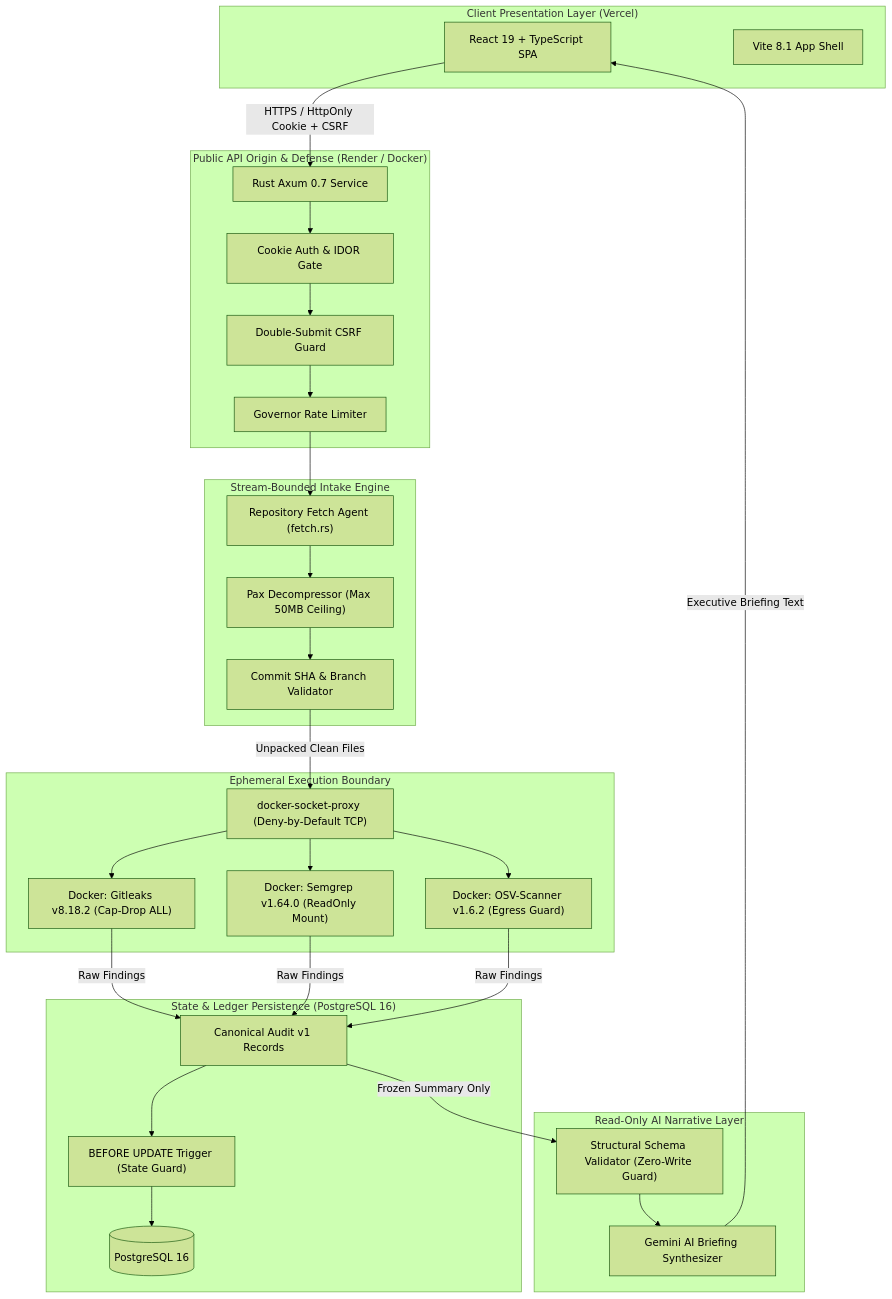
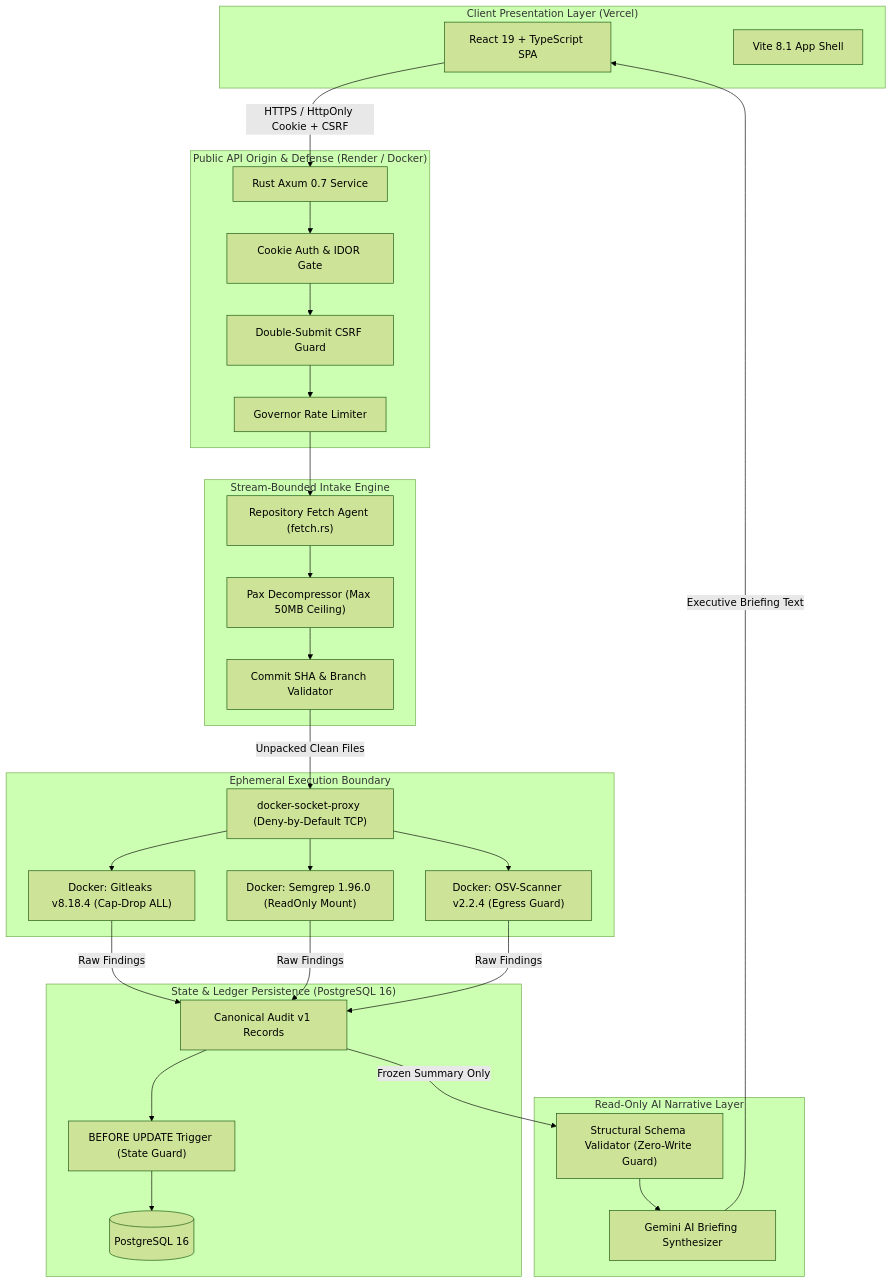
One commit to johan-droid/Fire-Crow- changed the diagram in README.md. Above: the diagram before and after it, drawn with Mermaid (forest theme). The commit also changed other lines of this file and 33 other files, not shown here.

````diff
--- a/README.md
+++ b/README.md
@@ -106,56 +106,56 @@
 ```mermaid
 flowchart TD
     subgraph Client ["Client Presentation Layer (Vercel)"]
         SPA["React 19 + TypeScript SPA"]
         Vite["Vite 8.1 App Shell"]
     end
 
     subgraph Gateway ["Public API Origin & Defense (Render / Docker)"]
         Axum["Rust Axum 0.7 Service"]
         MW_Auth["Cookie Auth & IDOR Gate"]
         MW_CSRF["Double-Submit CSRF Guard"]
         MW_Rate["Governor Rate Limiter"]
     end
 
     subgraph Intake ["Stream-Bounded Intake Engine"]
         FetchAgent["Repository Fetch Agent (fetch.rs)"]
         DecompGuard["Pax Decompressor (Max 50MB Ceiling)"]
         SHAGuard["Commit SHA & Branch Validator"]
     end
 
     subgraph Sandbox ["Ephemeral Execution Boundary"]
         Proxy["docker-socket-proxy (Deny-by-Default TCP)"]
-        C_Gitleaks["Docker: Gitleaks v8.18.2 (Cap-Drop ALL)"]
-        C_Semgrep["Docker: Semgrep v1.64.0 (ReadOnly Mount)"]
-        C_OSV["Docker: OSV-Scanner v1.6.2 (Egress Guard)"]
+        C_Gitleaks["Docker: Gitleaks v8.18.4 (Cap-Drop ALL)"]
+        C_Semgrep["Docker: Semgrep 1.96.0 (ReadOnly Mount)"]
+        C_OSV["Docker: OSV-Scanner v2.2.4 (Egress Guard)"]
     end
 
     subgraph DataStore ["State & Ledger Persistence (PostgreSQL 16)"]
         Postgres[(PostgreSQL 16)]
         Trigger["BEFORE UPDATE Trigger (State Guard)"]
         AuditLedger["Canonical Audit v1 Records"]
     end
 
     subgraph AI ["Read-Only AI Narrative Layer"]
         LLM["Gemini AI Briefing Synthesizer"]
         SchemaValidator["Structural Schema Validator (Zero-Write Guard)"]
     end
 
     %% Flow Connections
     SPA -- "HTTPS / HttpOnly Cookie + CSRF" --> Axum
     Axum --> MW_Auth --> MW_CSRF --> MW_Rate
     MW_Rate --> FetchAgent
     FetchAgent --> DecompGuard --> SHAGuard
     SHAGuard -- "Unpacked Clean Files" --> Proxy
 
     Proxy --> C_Gitleaks
     Proxy --> C_Semgrep
     Proxy --> C_OSV
 
     C_Gitleaks & C_Semgrep & C_OSV -- "Raw Findings" --> AuditLedger
     AuditLedger --> Trigger --> Postgres
 
     AuditLedger -- "Frozen Summary Only" --> SchemaValidator
     SchemaValidator --> LLM
     LLM -- "Executive Briefing Text" --> SPA
 ```
````
